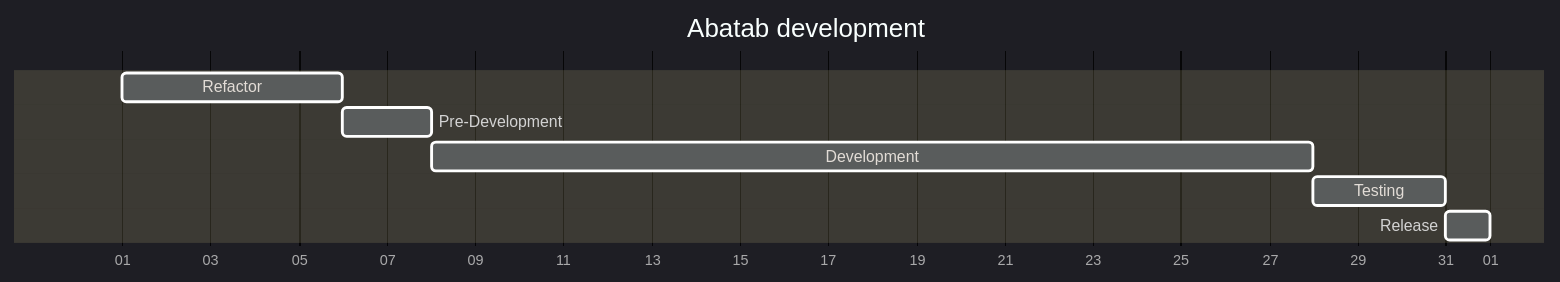
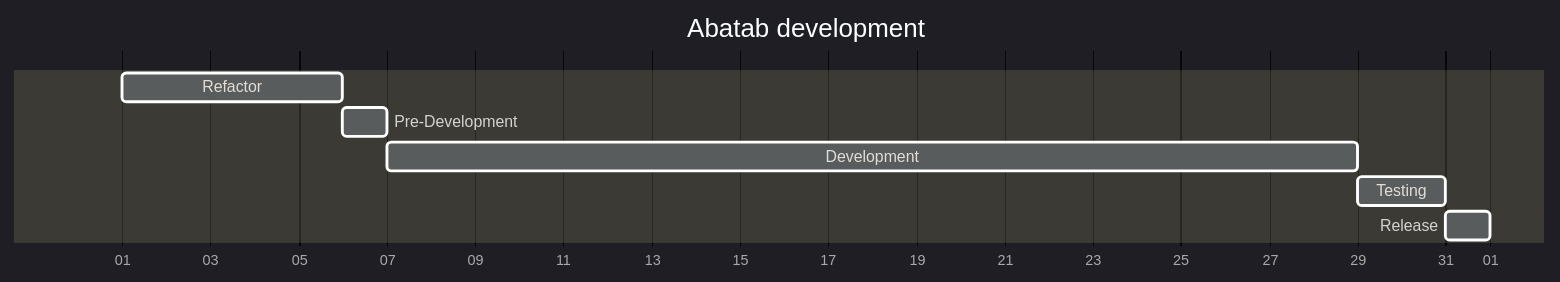
The second of 2 diagrams in Develop/Development-timeline.md (spectrum-health-systems/Abatab-Documentation-Project), drawn with Mermaid before and after one commit. The commit also changed other lines of this file, not shown here.

````diff
--- a/Develop/Development-timeline.md
+++ b/Develop/Development-timeline.md
@@ -37,12 +36,12 @@
 ```mermaid
 %%{init: {'theme':'dark'}}%%
 gantt
   title Abatab development
   dateFormat X
   axisFormat %d
   Refactor : 0, 5d
-  Pre-Development : 2d
-  Development : 20d
-  Testing : 3d
+  Pre-Development : 1d
+  Development : 22d
+  Testing : 2d
   Release : 1d
 ```
````
